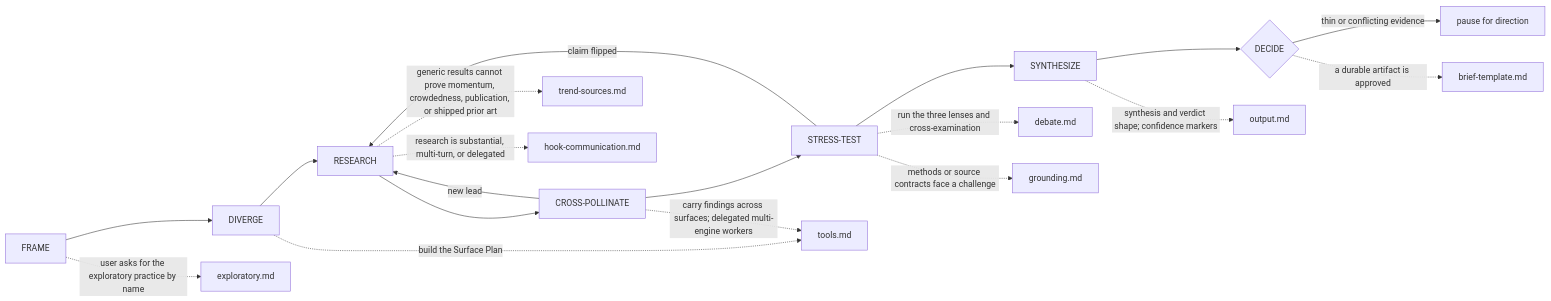
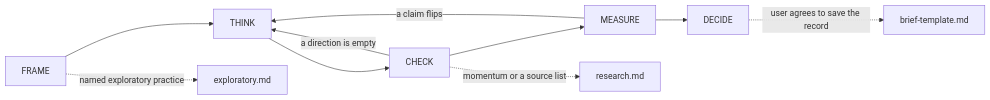
Before and after one commit to bgauryy/octocode: the diagram in skills/octocode-brainstorming/SKILL.md, drawn with Mermaid. The commit also changed other lines of this file and 3213 other files, not shown here.

````diff
--- a/skills/octocode-brainstorming/SKILL.md
+++ b/skills/octocode-brainstorming/SKILL.md
@@ -12,16 +14,9 @@
 ```mermaid
 flowchart LR
-  F["FRAME"] --> D["DIVERGE"] --> R["RESEARCH"] --> X["CROSS-POLLINATE"] --> T["STRESS-TEST"] --> S["SYNTHESIZE"] --> G{"DECIDE"}
-  X -- "new lead" --> R
-  T -- "claim flipped" --> R
-  G -- "thin or conflicting evidence" --> P["pause for direction"]
-  F -. "user asks for the exploratory practice by name" .-> EX["exploratory.md"]
-  D -. "build the Surface Plan" .-> TO["tools.md"]
-  X -. "carry findings across surfaces; delegated multi-engine workers" .-> TO
-  R -. "generic results cannot prove momentum, crowdedness, publication, or shipped prior art" .-> TS["trend-sources.md"]
-  R -. "research is substantial, multi-turn, or delegated" .-> HC["hook-communication.md"]
-  T -. "run the three lenses and cross-examination" .-> DB["debate.md"]
-  T -. "methods or source contracts face a challenge" .-> GR["grounding.md"]
-  S -. "synthesis and verdict shape; confidence markers" .-> OU["output.md"]
-  G -. "a durable artifact is approved" .-> BT["brief-template.md"]
+  F["FRAME"] --> H["THINK"] --> C["CHECK"] --> M["MEASURE"] --> G["DECIDE"]
+  C -- "a direction is empty" --> H
+  M -- "a claim flips" --> H
+  F -. "named exploratory practice" .-> EX["exploratory.md"]
+  C -. "momentum or a source list" .-> RS["research.md"]
+  G -. "user agrees to save the record" .-> BT["brief-template.md"]
 ```
````
